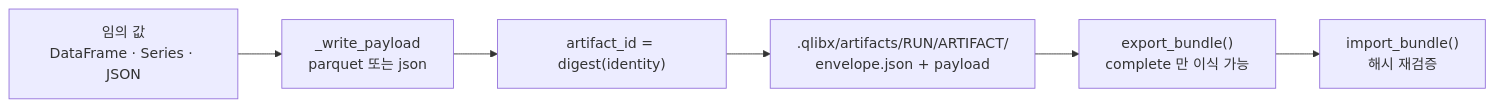
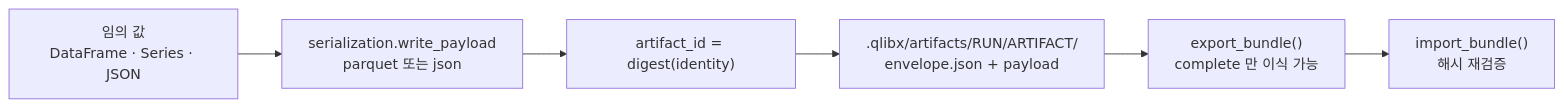
One commit to jaepil-choi/qlibx changed diagram 12 of 15 in docs/qlibx-architecture.md. Above: the diagram before and after it, drawn with Mermaid. The commit also changed other lines of this file, not shown here.

First line of the commit message:
Bring the architecture doc back to as-is

````diff
--- a/docs/qlibx-architecture.md
+++ b/docs/qlibx-architecture.md
@@ -711,8 +718,8 @@
 ```mermaid
 flowchart LR
-    V["임의 값<br/>DataFrame · Series · JSON"] --> W["_write_payload<br/>parquet 또는 json"]
+    V["임의 값<br/>DataFrame · Series · JSON"] --> W["serialization.write_payload<br/>parquet 또는 json"]
     W --> ID["artifact_id = digest(identity)"]
     ID --> DIR[".qlibx/artifacts/RUN/ARTIFACT/<br/>envelope.json + payload"]
     DIR --> EXP["export_bundle()<br/>complete 만 이식 가능"]
     EXP --> IMP["import_bundle()<br/>해시 재검증"]
 ```
````
